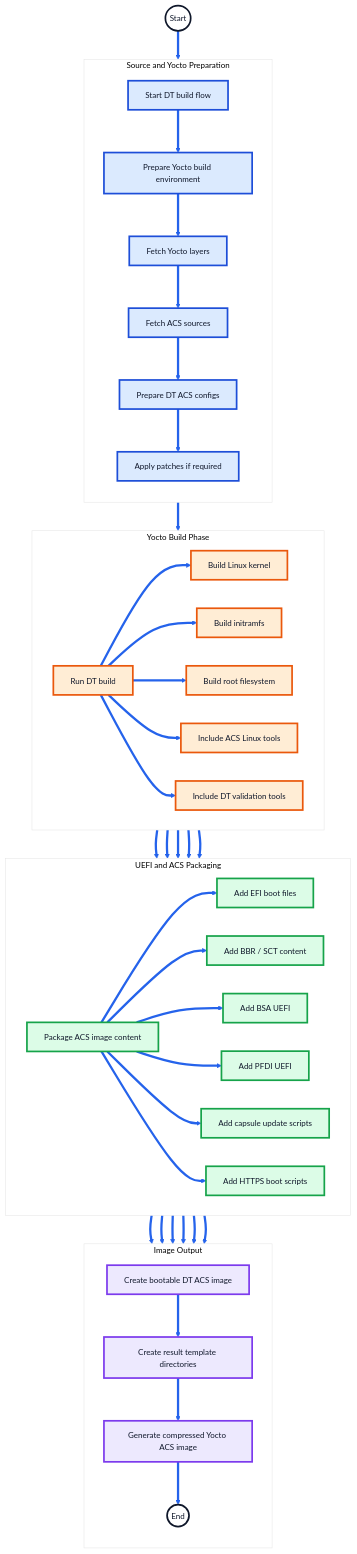
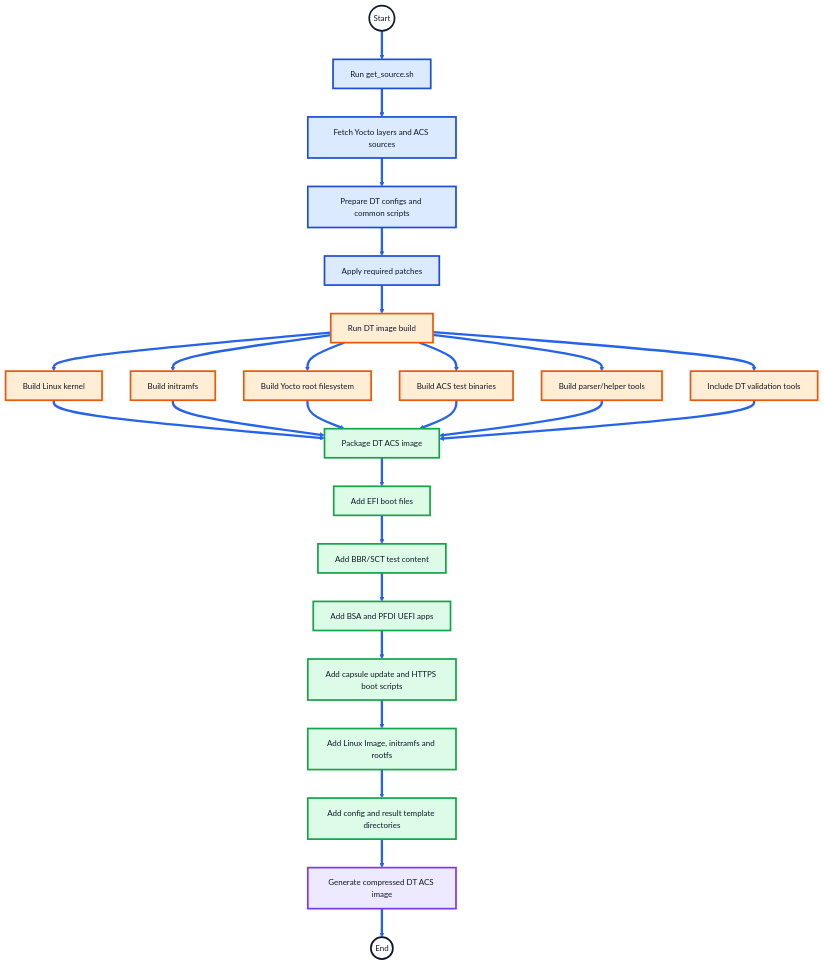
The diagram in docs/dt_flow.md (manjunath3divakar/arm-systemready), drawn with Mermaid before and after one commit. The commit also changed other lines of this file, not shown here.

First line of the commit message:
Enhance documentation for ACS automation flow

````diff
--- a/docs/dt_flow.md
+++ b/docs/dt_flow.md
@@ -56,81 +57,58 @@
 ```mermaid
 %%{init: {
   "theme": "base",
   "themeVariables": {
     "fontFamily": "Arial",
     "fontSize": "14px",
     "primaryBorderColor": "#0f172a",
     "lineColor": "#2563eb",
     "tertiaryColor": "#ffffff"
   }
 }}%%
 
 flowchart TD
 
     linkStyle default stroke:#2563eb,stroke-width:4px;
 
-    Start((Start)) --> SRC0
+    Start((Start)) --> B["Run get_source.sh"]
+    B --> C["Fetch Yocto layers and ACS sources"]
+    C --> D["Prepare DT configs and common scripts"]
+    D --> E["Apply required patches"]
 
-    subgraph SOURCE_PREP["Source and Yocto Preparation"]
-        direction TB
-        SRC0["Start DT build flow"] --> SRC1["Prepare Yocto build environment"]
-        SRC1 --> SRC2["Fetch Yocto layers"]
-        SRC2 --> SRC3["Fetch ACS sources"]
-        SRC3 --> SRC4["Prepare DT ACS configs"]
-        SRC4 --> SRC5["Apply patches if required"]
-    end
+    E --> F["Run DT image build"]
 
-    SRC5 --> BUILD0
+    F --> G1["Build Linux kernel"]
+    F --> G2["Build initramfs"]
+    F --> G3["Build Yocto root filesystem"]
+    F --> G4["Build ACS test binaries"]
+    F --> G5["Build parser/helper tools"]
+    F --> G6["Include DT validation tools"]
 
-    subgraph YOCTO_BUILD["Yocto Build Phase"]
-        direction LR
-        BUILD0["Run DT build"] --> Y0["Build Linux kernel"]
-        BUILD0 --> Y1["Build initramfs"]
-        BUILD0 --> Y2["Build root filesystem"]
-        BUILD0 --> Y3["Include ACS Linux tools"]
-        BUILD0 --> Y4["Include DT validation tools"]
-    end
+    G1 --> H["Package DT ACS image"]
+    G2 --> H
+    G3 --> H
+    G4 --> H
+    G5 --> H
+    G6 --> H
 
-    Y0 --> PKG0
-    Y1 --> PKG0
-    Y2 --> PKG0
-    Y3 --> PKG0
-    Y4 --> PKG0
-
-    subgraph UEFI_PACKAGE["UEFI and ACS Packaging"]
-        direction LR
-        PKG0["Package ACS image content"] --> P0["Add EFI boot files"]
-        PKG0 --> P1["Add BBR / SCT content"]
-        PKG0 --> P2["Add BSA UEFI"]
-        PKG0 --> P3["Add PFDI UEFI"]
-        PKG0 --> P4["Add capsule update scripts"]
-        PKG0 --> P5["Add HTTPS boot scripts"]
-    end
-
-    P0 --> IMG0
-    P1 --> IMG0
-    P2 --> IMG0
-    P3 --> IMG0
-    P4 --> IMG0
-    P5 --> IMG0
-
-    subgraph IMAGE_OUTPUT["Image Output"]
-        direction TB
-        IMG0["Create bootable DT ACS image"]
-        IMG0 --> IMG1["Create result template directories"]
-        IMG1 --> IMG2["Generate compressed Yocto ACS image"]
-        IMG2 --> End((End))
-    end
+    H --> I["Add EFI boot files"]
+    I --> J["Add BBR/SCT test content"]
+    J --> K["Add BSA and PFDI UEFI apps"]
+    K --> L["Add capsule update and HTTPS boot scripts"]
+    L --> M["Add Linux Image, initramfs and rootfs"]
+    M --> N["Add config and result template directories"]
+    N --> O["Generate compressed DT ACS image"]
+    O --> End((End))
 
     classDef startEnd fill:#ffffff,stroke:#0f172a,stroke-width:3px,color:#0f172a;
     classDef source fill:#dbeafe,stroke:#1d4ed8,stroke-width:3px,color:#0f172a;
-    classDef yocto fill:#ffedd5,stroke:#ea580c,stroke-width:3px,color:#0f172a;
+    classDef build fill:#ffedd5,stroke:#ea580c,stroke-width:3px,color:#0f172a;
     classDef package fill:#dcfce7,stroke:#16a34a,stroke-width:3px,color:#0f172a;
     classDef output fill:#ede9fe,stroke:#7c3aed,stroke-width:3px,color:#0f172a;
 
     class Start,End startEnd;
-    class SRC0,SRC1,SRC2,SRC3,SRC4,SRC5 source;
-    class BUILD0,Y0,Y1,Y2,Y3,Y4 yocto;
-    class PKG0,P0,P1,P2,P3,P4,P5 package;
-    class IMG0,IMG1,IMG2 output;
+    class B,C,D,E source;
+    class F,G1,G2,G3,G4,G5,G6 build;
+    class H,I,J,K,L,M,N package;
+    class O output;
 ```
````
